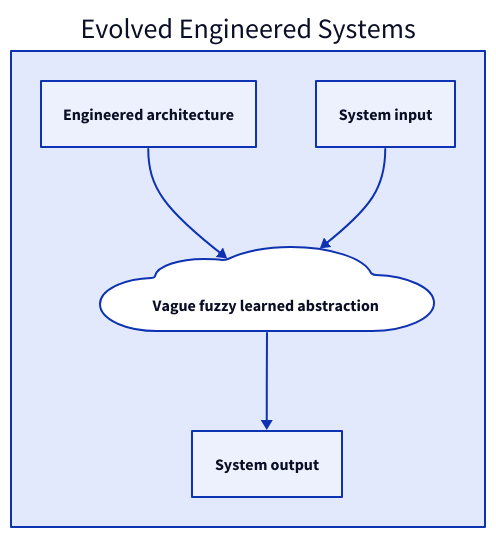
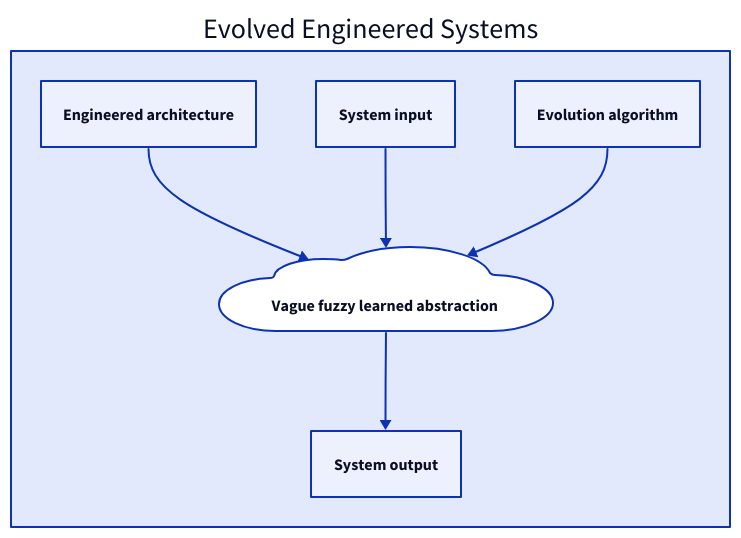
Before and after one commit to vighneshiyer/publications: the diagram in figs/natural_vs_engineered_systems/evolved_engineered_systems.d2, drawn with D2. The commit also changed 4 other files, not shown here.

```diff
--- a/figs/natural_vs_engineered_systems/evolved_engineered_systems.d2
+++ b/figs/natural_vs_engineered_systems/evolved_engineered_systems.d2
@@ -1,19 +1,23 @@
 sys: {
   label: Evolved Engineered Systems
   arch: {
     label: Engineered architecture
   }
   inp: {
     label: System input
+  }
+  evo: {
+    label: Evolution algorithm
   }
   abs: {
     label: Vague fuzzy learned abstraction
     shape: cloud
   }
   out {
     label: System output
   }
   arch -> abs
   inp -> abs
   abs -> out
+  evo -> abs
 }
```
